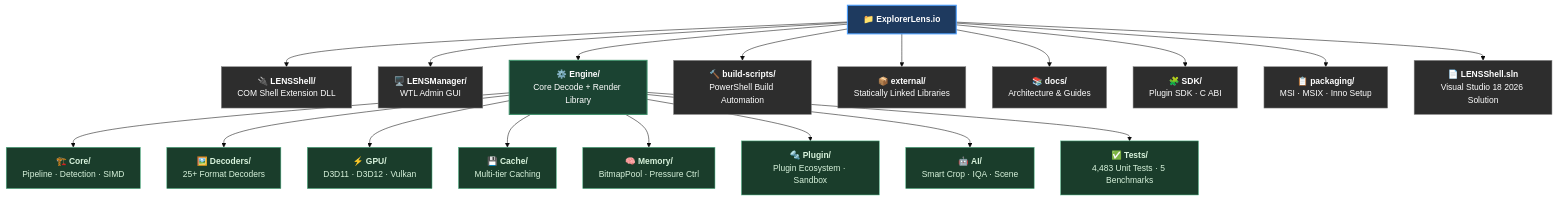
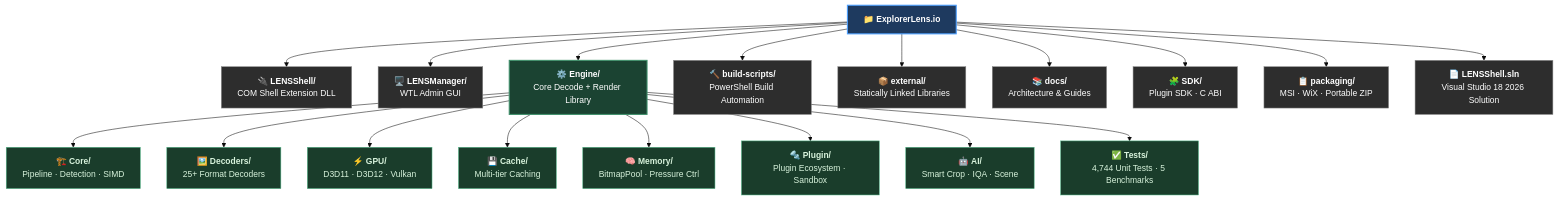
Before and after one commit to RajwanYair/ExplorerLens.io: the diagram in README.md, drawn with Mermaid (base theme). The commit also changed other lines of this file and 1 other file, not shown here.

First line of the commit message:
docs(readme): fix stale version/test counts + packaging label (§8.1)

````diff
--- a/README.md
+++ b/README.md
@@ -216,42 +216,42 @@
 ```mermaid
 graph TD
     ROOT["📁 <b>ExplorerLens.io</b>"]
 
     ROOT --> SHELL["🔌 <b>LENSShell/</b><br/>COM Shell Extension DLL"]
     ROOT --> MGR["🖥️ <b>LENSManager/</b><br/>WTL Admin GUI"]
     ROOT --> ENG["⚙️ <b>Engine/</b><br/>Core Decode + Render Library"]
     ROOT --> BS["🔨 <b>build-scripts/</b><br/>PowerShell Build Automation"]
     ROOT --> EXT["📦 <b>external/</b><br/>Statically Linked Libraries"]
     ROOT --> DOCS["📚 <b>docs/</b><br/>Architecture &amp; Guides"]
     ROOT --> SDK["🧩 <b>SDK/</b><br/>Plugin SDK · C ABI"]
-    ROOT --> PKG["📋 <b>packaging/</b><br/>MSI · MSIX · Inno Setup"]
+    ROOT --> PKG["📋 <b>packaging/</b><br/>MSI · WiX · Portable ZIP"]
     ROOT --> SLN["📄 <b>LENSShell.sln</b><br/>Visual Studio 18 2026 Solution"]
 
     ENG --> CORE["🏗️ <b>Core/</b><br/>Pipeline · Detection · SIMD"]
     ENG --> DEC["🖼️ <b>Decoders/</b><br/>25+ Format Decoders"]
     ENG --> GPU["⚡ <b>GPU/</b><br/>D3D11 · D3D12 · Vulkan"]
     ENG --> CACHE["💾 <b>Cache/</b><br/>Multi-tier Caching"]
     ENG --> MEM["🧠 <b>Memory/</b><br/>BitmapPool · Pressure Ctrl"]
     ENG --> PLUGIN["🔩 <b>Plugin/</b><br/>Plugin Ecosystem · Sandbox"]
     ENG --> AI["🤖 <b>AI/</b><br/>Smart Crop · IQA · Scene"]
-    ENG --> TESTS["✅ <b>Tests/</b><br/>4,483 Unit Tests · 5 Benchmarks"]
+    ENG --> TESTS["✅ <b>Tests/</b><br/>4,744 Unit Tests · 5 Benchmarks"]
 
     style ROOT fill:#1e3a5f,color:#fff,stroke:#4a9eff,stroke-width:2px
     style ENG  fill:#1b4332,color:#fff,stroke:#40916c,stroke-width:2px
     style SHELL fill:#2d2d2d,color:#fff,stroke:#888
     style MGR   fill:#2d2d2d,color:#fff,stroke:#888
     style BS    fill:#2d2d2d,color:#fff,stroke:#888
     style EXT   fill:#2d2d2d,color:#fff,stroke:#888
     style DOCS  fill:#2d2d2d,color:#fff,stroke:#888
     style SDK   fill:#2d2d2d,color:#fff,stroke:#888
     style PKG   fill:#2d2d2d,color:#fff,stroke:#888
     style SLN   fill:#2d2d2d,color:#fff,stroke:#888
     style CORE   fill:#1a3d2b,color:#d8f3dc,stroke:#52b788
     style DEC    fill:#1a3d2b,color:#d8f3dc,stroke:#52b788
     style GPU    fill:#1a3d2b,color:#d8f3dc,stroke:#52b788
     style CACHE  fill:#1a3d2b,color:#d8f3dc,stroke:#52b788
     style MEM    fill:#1a3d2b,color:#d8f3dc,stroke:#52b788
     style PLUGIN fill:#1a3d2b,color:#d8f3dc,stroke:#52b788
     style AI     fill:#1a3d2b,color:#d8f3dc,stroke:#52b788
     style TESTS  fill:#1a3d2b,color:#d8f3dc,stroke:#52b788
 ```
````
